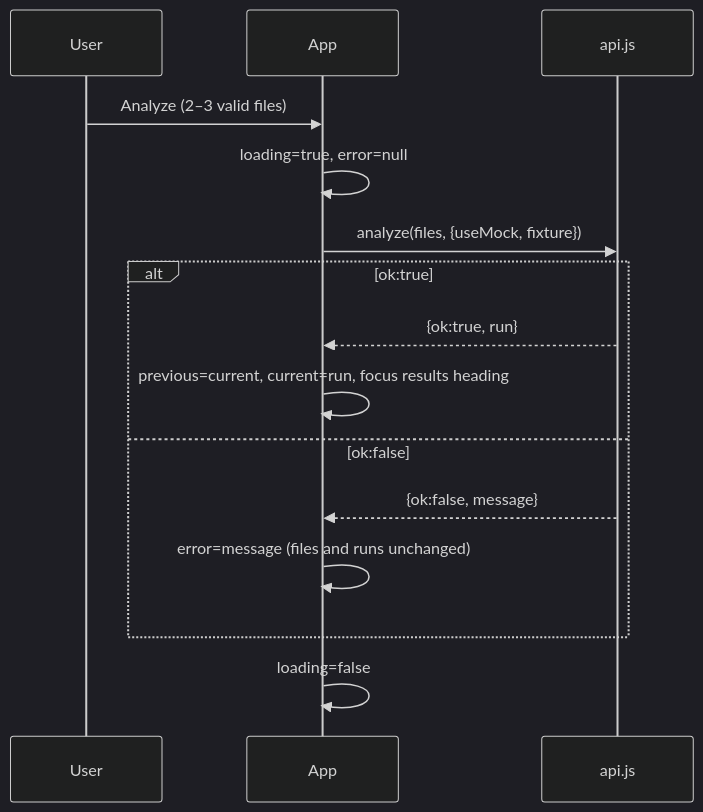
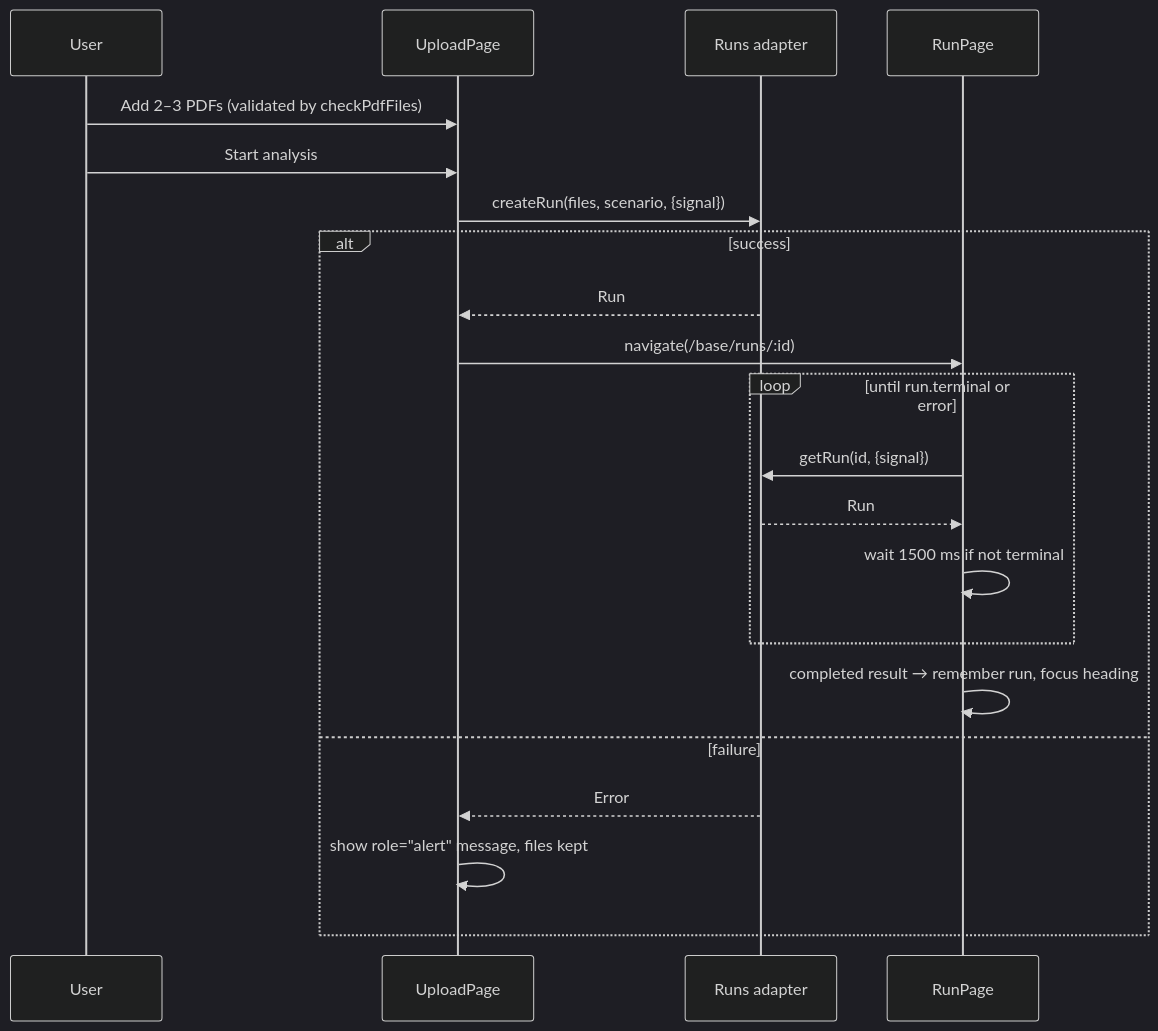
One commit to cjiscoderprime/Hackachusetts-TeamGitAndCommit changed the second of 2 diagrams in .kiro/specs/regulens-frontend/design.md. Above: the diagram before and after it, drawn with Mermaid (dark theme). The commit also changed other lines of this file and 2 other files, not shown here.

````diff
--- a/.kiro/specs/regulens-frontend/design.md
+++ b/.kiro/specs/regulens-frontend/design.md
@@ -62,17 +122,23 @@
 ```mermaid
 sequenceDiagram
   participant U as User
-  participant A as App
-  participant C as api.js
-  U->>A: Analyze (2–3 valid files)
-  A->>A: loading=true, error=null
-  A->>C: analyze(files, {useMock, fixture})
-  alt ok:true
-    C-->>A: {ok:true, run}
-    A->>A: previous=current, current=run, focus results heading
-  else ok:false
-    C-->>A: {ok:false, message}
-    A->>A: error=message (files and runs unchanged)
+  participant UP as UploadPage
+  participant A as Runs adapter
+  participant RP as RunPage
+  U->>UP: Add 2–3 PDFs (validated by checkPdfFiles)
+  U->>UP: Start analysis
+  UP->>A: createRun(files, scenario, {signal})
+  alt success
+    A-->>UP: Run
+    UP->>RP: navigate(/base/runs/:id)
+    loop until run.terminal or error
+      RP->>A: getRun(id, {signal})
+      A-->>RP: Run
+      RP->>RP: wait 1500 ms if not terminal
+    end
+    RP->>RP: completed result → remember run, focus heading
+  else failure
+    A-->>UP: Error
+    UP->>UP: show role="alert" message, files kept
   end
-  A->>A: loading=false
 ```
````
